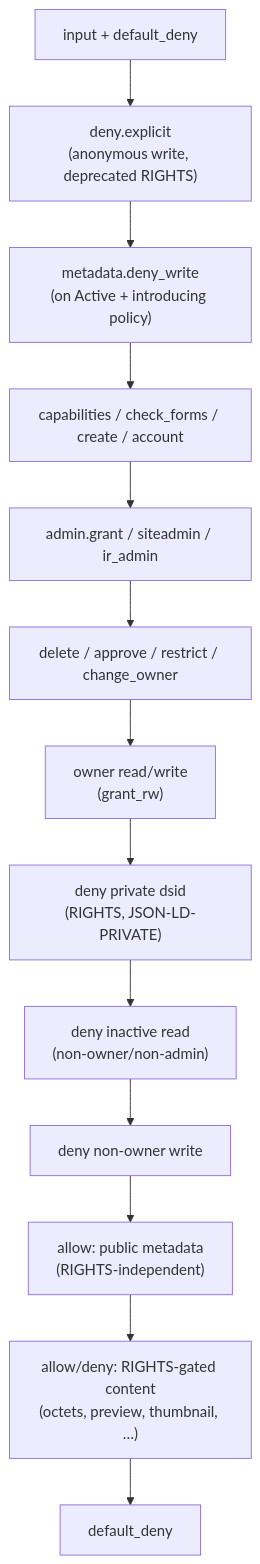
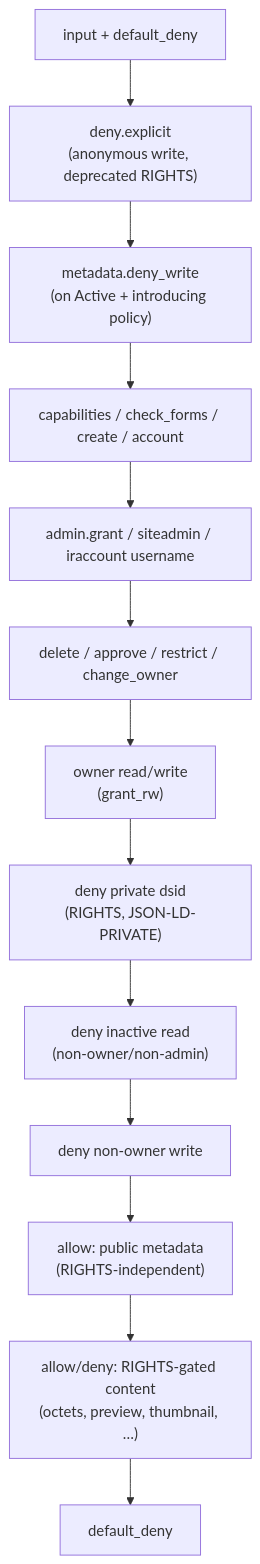
Before and after one commit to phaidra/phaidra: the second of 2 diagrams in policies/README.md, drawn with Mermaid. The commit also changed other lines of this file and 4 other files, not shown here.

Commit message:
Rights management: make ir_admin a username again (not a role)

````diff
--- a/policies/README.md
+++ b/policies/README.md
@@ -52,15 +52,15 @@
 ```mermaid
 flowchart TD
   Start["input + default_deny"] --> Explicit["deny.explicit\n(anonymous write, deprecated RIGHTS)"]
   Explicit --> Meta["metadata.deny_write\n(on Active + introducing policy)"]
   Meta --> Cap["capabilities / check_forms / create / account"]
-  Cap --> Admin["admin.grant / siteadmin / ir_admin"]
+  Cap --> Admin["admin.grant / siteadmin / iraccount username"]
   Admin --> Special["delete / approve / restrict / change_owner"]
   Special --> Owner["owner read/write\n(grant_rw)"]
   Owner --> Private["deny private dsid\n(RIGHTS, JSON-LD-PRIVATE)"]
   Private --> Inactive["deny inactive read\n(non-owner/non-admin)"]
   Inactive --> WriteDeny["deny non-owner write"]
   WriteDeny --> ReadAllow["allow: public metadata\n(RIGHTS-independent)"]
   ReadAllow --> ReadRights["allow/deny: RIGHTS-gated content\n(octets, preview, thumbnail, …)"]
   ReadRights --> Default["default_deny"]
 ```
````
